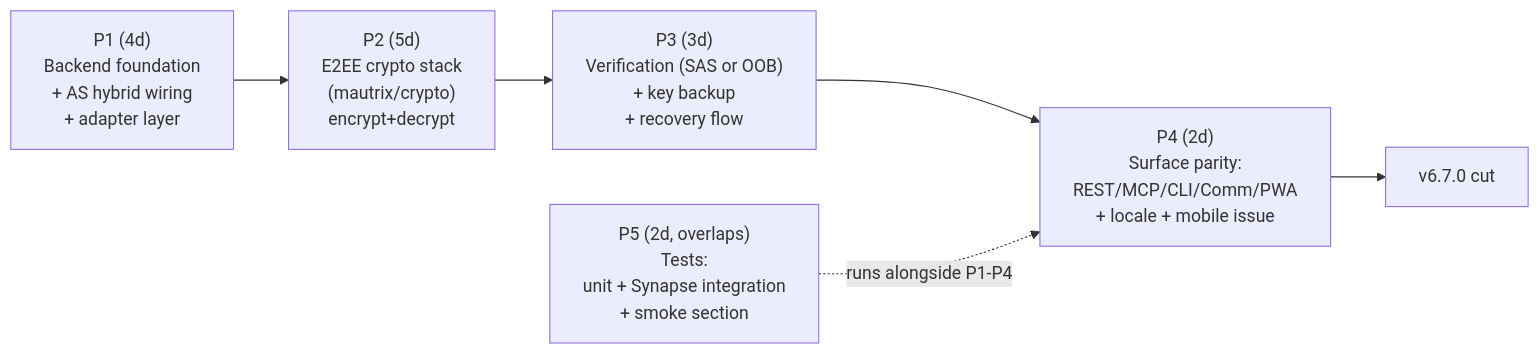
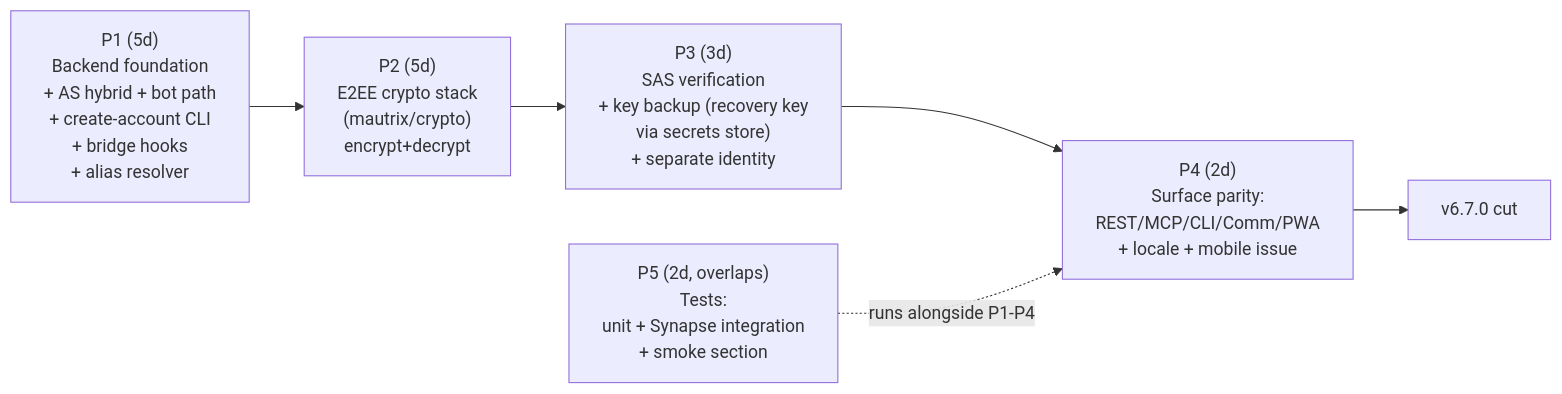
The fifth of 7 diagrams in docs/plans/2026-05-04-bl241-matrix-design.md (dmz006/datawatch), drawn with Mermaid before and after one commit. The commit also changed other lines of this file, not shown here.

````diff
--- a/docs/plans/2026-05-04-bl241-matrix-design.md
+++ b/docs/plans/2026-05-04-bl241-matrix-design.md
@@ -591,14 +591,14 @@
 ```mermaid
 flowchart LR
-    P1["P1 (4d)<br/>Backend foundation<br/>+ AS hybrid wiring<br/>+ adapter layer"]
+    P1["P1 (5d)<br/>Backend foundation<br/>+ AS hybrid + bot path<br/>+ create-account CLI<br/>+ bridge hooks<br/>+ alias resolver"]
     P2["P2 (5d)<br/>E2EE crypto stack<br/>(mautrix/crypto)<br/>encrypt+decrypt"]
-    P3["P3 (3d)<br/>Verification (SAS or OOB)<br/>+ key backup<br/>+ recovery flow"]
+    P3["P3 (3d)<br/>SAS verification<br/>+ key backup (recovery key<br/>via secrets store)<br/>+ separate identity"]
     P4["P4 (2d)<br/>Surface parity:<br/>REST/MCP/CLI/Comm/PWA<br/>+ locale + mobile issue"]
     P5["P5 (2d, overlaps)<br/>Tests:<br/>unit + Synapse integration<br/>+ smoke section"]
 
     P1 --> P2
     P2 --> P3
     P3 --> P4
     P5 -.runs alongside P1-P4.-> P4
     P4 --> RELEASE["v6.7.0 cut"]
 ```
````
